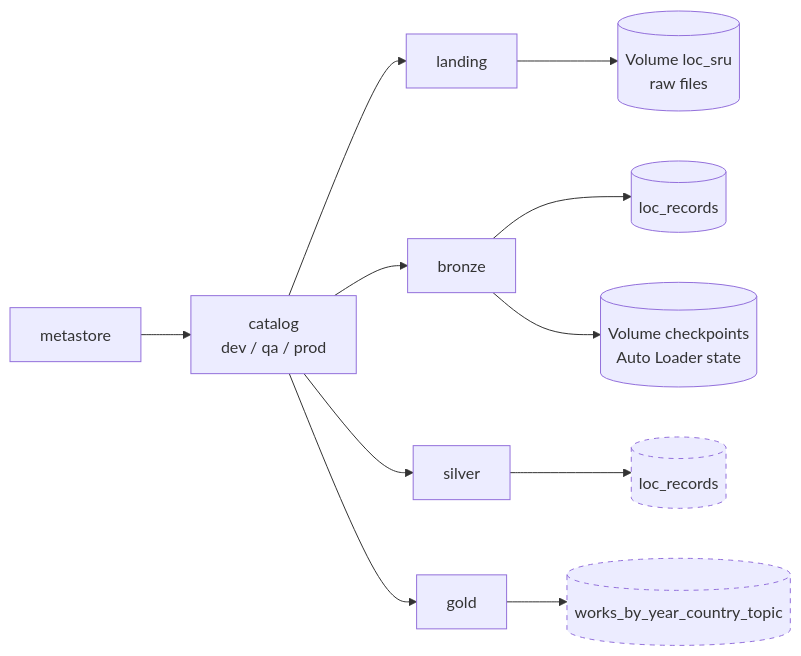
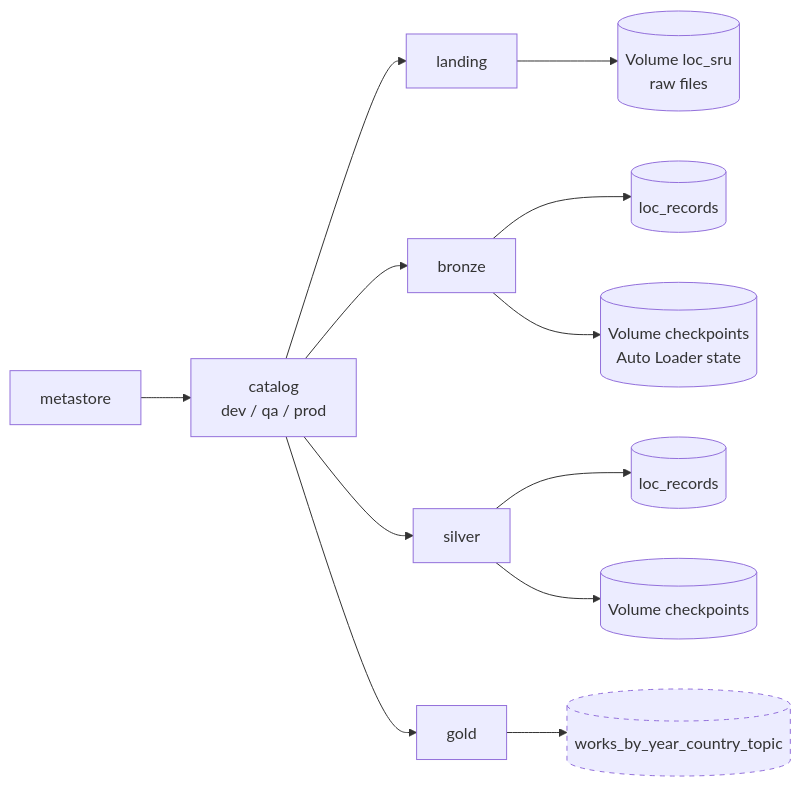
Before and after one commit to lawttaro-dev/databricks-lakehouse: the third of 5 diagrams in docs/04-architecture.md, drawn with Mermaid. The commit also changed other lines of this file and 13 other files, not shown here.

````diff
--- a/docs/04-architecture.md
+++ b/docs/04-architecture.md
@@ -111,12 +111,13 @@
 ```mermaid
 flowchart LR
     M["metastore"] --> C["catalog<br/>dev / qa / prod"]
     C --> L["landing"] --> V[("Volume loc_sru<br/>raw files")]
     C --> B["bronze"] --> BT[("loc_records")]
     B --> CK[("Volume checkpoints<br/>Auto Loader state")]
     C --> S["silver"] --> ST[("loc_records")]
+    S --> SCK[("Volume checkpoints")]
     C --> G["gold"] --> GT[("works_by_year_country_topic")]
 
     classDef planned stroke-dasharray: 5 5
-    class ST,GT planned
+    class GT planned
 ```
````
